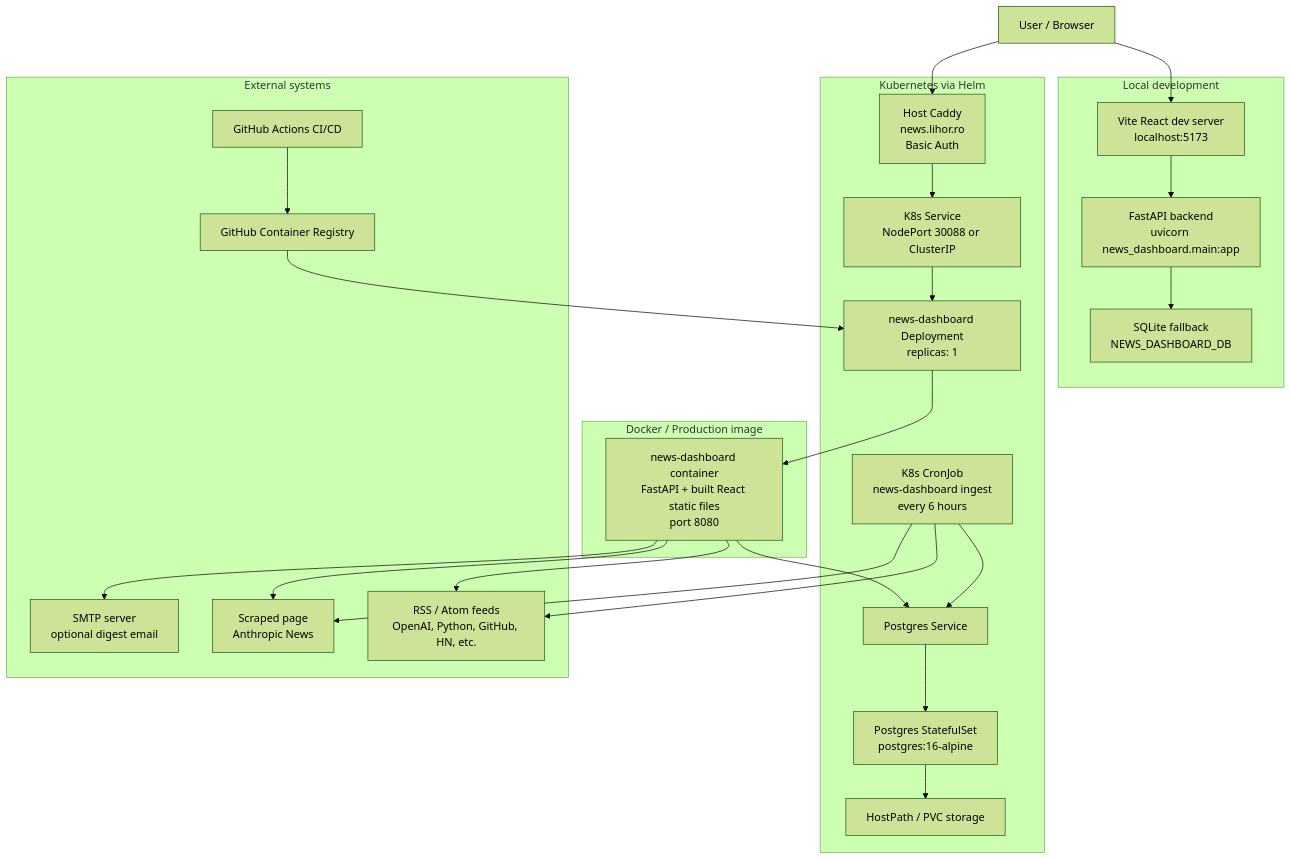
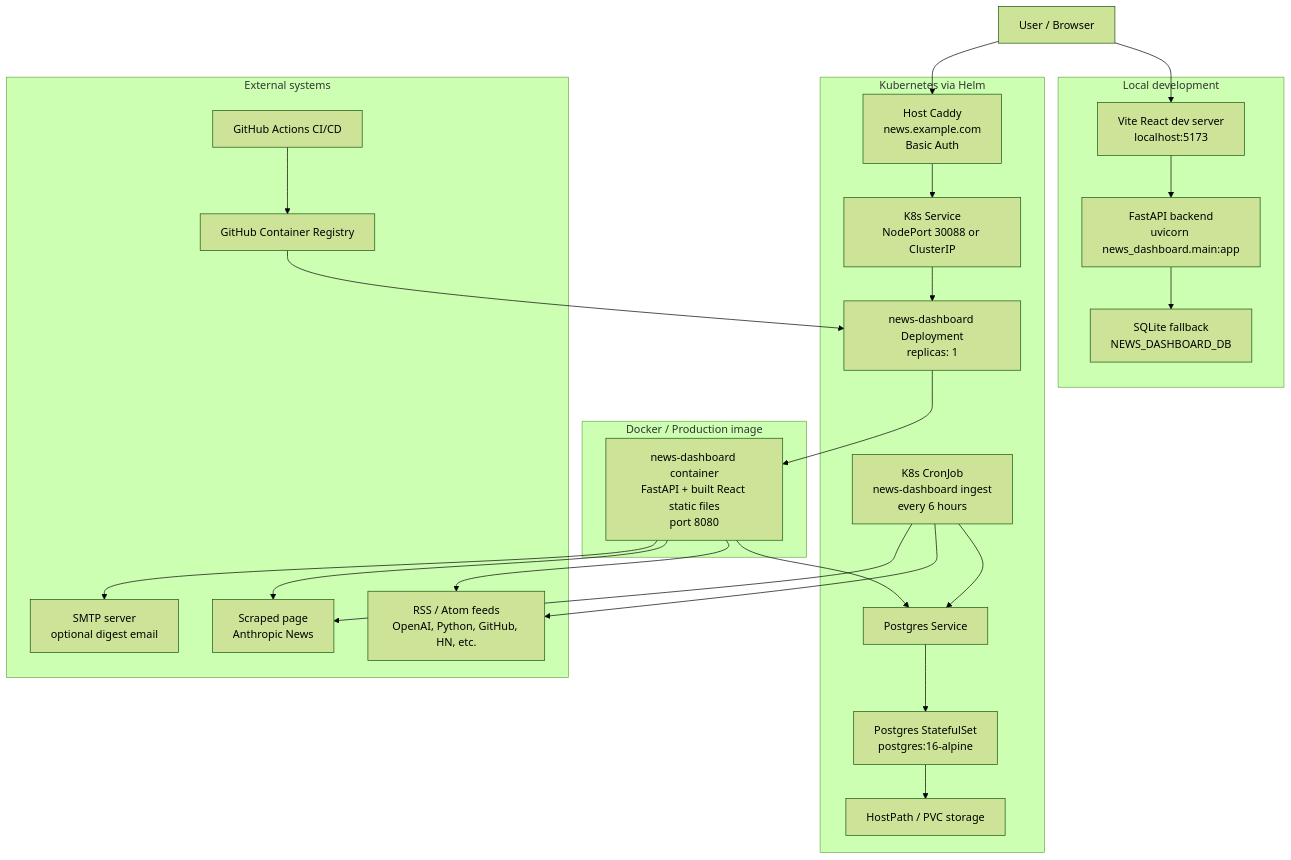
One commit to lihor-hub/news-dashboard changed the first of 5 diagrams in docs/ARCHITECTURE.md. Above: the diagram before and after it, drawn with Mermaid (forest theme). The commit also changed other lines of this file and 19 other files, not shown here.

````diff
--- a/docs/ARCHITECTURE.md
+++ b/docs/ARCHITECTURE.md
@@ -23,50 +23,50 @@
 ```mermaid
 flowchart TB
   User["User / Browser"]
 
   subgraph LocalDev["Local development"]
     Vite["Vite React dev server<br/>localhost:5173"]
     FastAPIDev["FastAPI backend<br/>uvicorn news_dashboard.main:app"]
     SQLite["SQLite fallback<br/>NEWS_DASHBOARD_DB"]
   end
 
   subgraph Container["Docker / Production image"]
     App["news-dashboard container<br/>FastAPI + built React static files<br/>port 8080"]
   end
 
   subgraph Kubernetes["Kubernetes via Helm"]
-    Caddy["Host Caddy<br/>news.lihor.ro<br/>Basic Auth"]
+    Caddy["Host Caddy<br/>news.example.com<br/>Basic Auth"]
     Service["K8s Service<br/>NodePort 30088 or ClusterIP"]
     Deployment["news-dashboard Deployment<br/>replicas: 1"]
     CronJob["K8s CronJob<br/>news-dashboard ingest<br/>every 6 hours"]
     PostgresSvc["Postgres Service"]
     Postgres["Postgres StatefulSet<br/>postgres:16-alpine"]
     PVC["HostPath / PVC storage"]
   end
 
   subgraph External["External systems"]
     Feeds["RSS / Atom feeds<br/>OpenAI, Python, GitHub, HN, etc."]
     Scraped["Scraped page<br/>Anthropic News"]
     SMTP["SMTP server<br/>optional digest email"]
     GHCR["GitHub Container Registry"]
     Actions["GitHub Actions CI/CD"]
   end
 
   User --> Vite
   Vite --> FastAPIDev
   FastAPIDev --> SQLite
 
   User --> Caddy --> Service --> Deployment
   Deployment --> App
   App --> PostgresSvc --> Postgres --> PVC
   CronJob --> PostgresSvc
   CronJob --> Feeds
   CronJob --> Scraped
 
   App --> Feeds
   App --> Scraped
   App --> SMTP
 
   Actions --> GHCR
   GHCR --> Deployment
 ```
````
